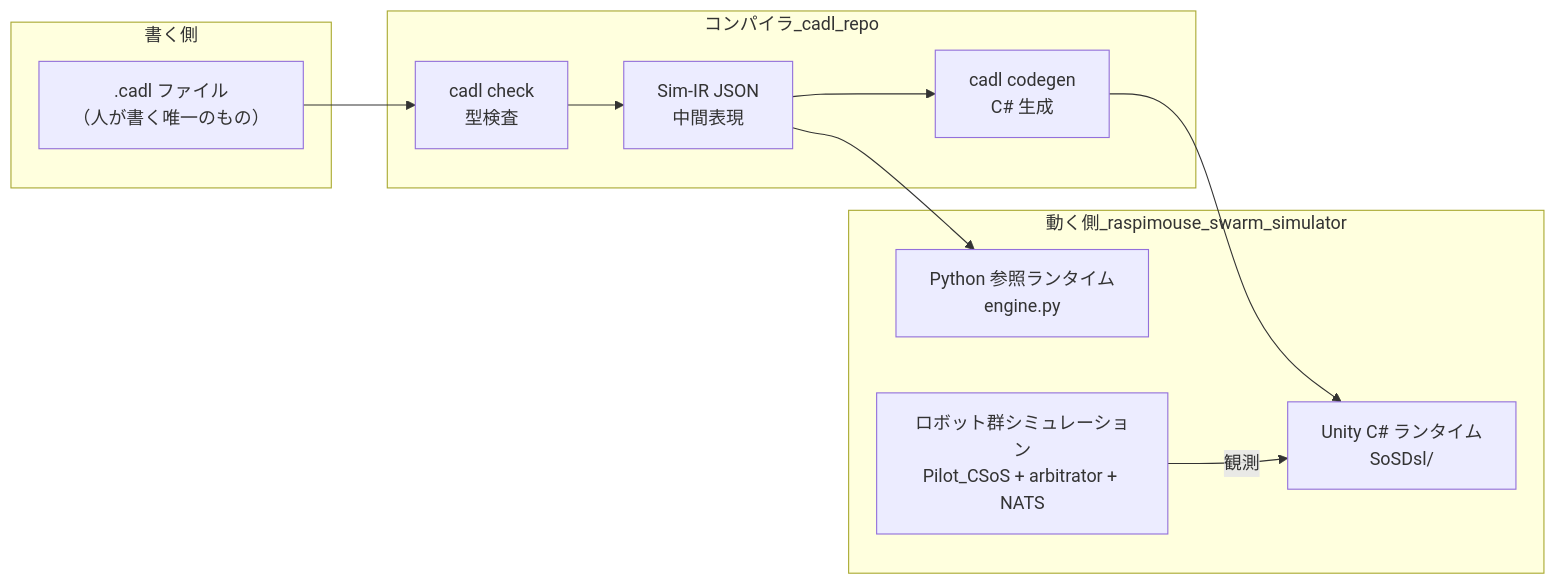
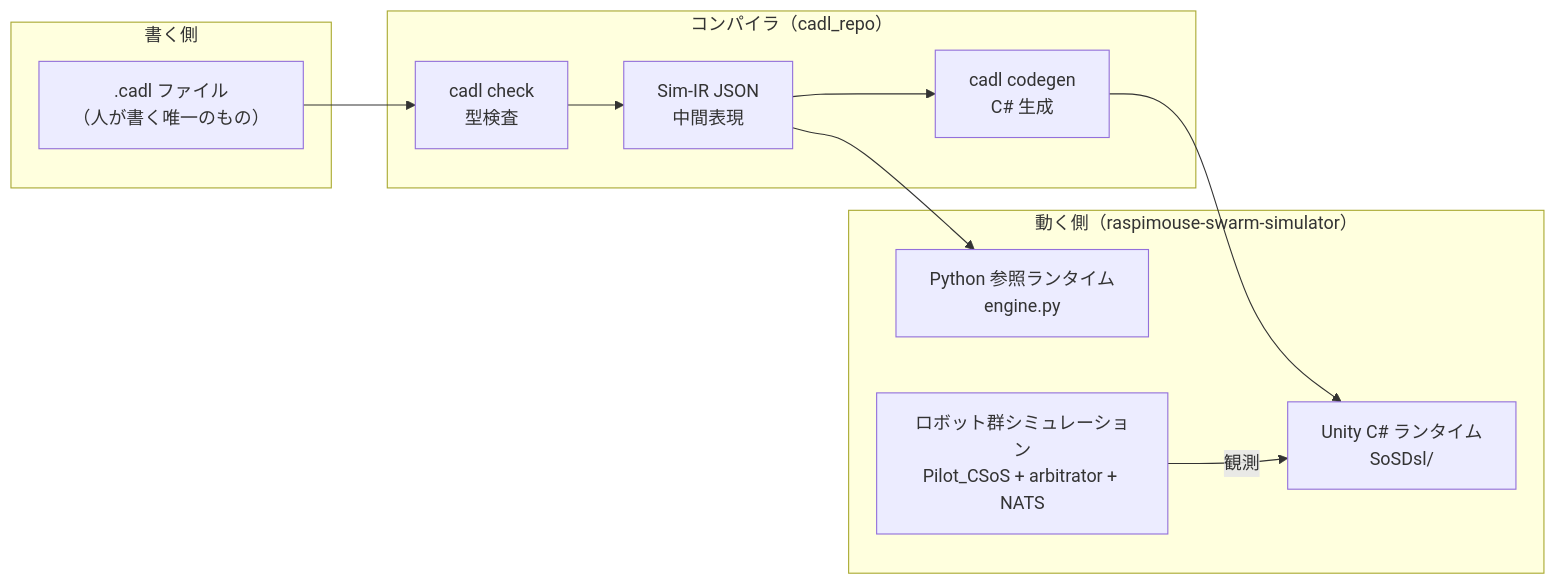
Before and after one commit to ertlnagoya/cadl-spec: the diagram in i18n/ja/docusaurus-plugin-content-docs/current/handson/code-walkthrough.md, drawn with Mermaid. The commit also changed other lines of this file and 13 other files, not shown here.

````diff
--- a/i18n/ja/docusaurus-plugin-content-docs/current/handson/code-walkthrough.md
+++ b/i18n/ja/docusaurus-plugin-content-docs/current/handson/code-walkthrough.md
@@ -15,20 +15,20 @@
 ```mermaid
 flowchart LR
-  subgraph 書く側
+  subgraph A["書く側"]
     CADL[".cadl ファイル<br/>（人が書く唯一のもの）"]
   end
-  subgraph コンパイラ_cadl_repo
+  subgraph B["コンパイラ（cadl_repo）"]
     CHECK[cadl check<br/>型検査]
     IR["Sim-IR JSON<br/>中間表現"]
     GEN[cadl codegen<br/>C# 生成]
   end
-  subgraph 動く側_raspimouse_swarm_simulator
+  subgraph C["動く側（raspimouse-swarm-simulator）"]
     PY["Python 参照ランタイム<br/>engine.py"]
     UN["Unity C# ランタイム<br/>SoSDsl/"]
     SIM["ロボット群シミュレーション<br/>Pilot_CSoS + arbitrator + NATS"]
   end
   CADL --> CHECK --> IR
   IR --> PY
   IR --> GEN --> UN
   SIM -->|観測| UN
 ```
````
